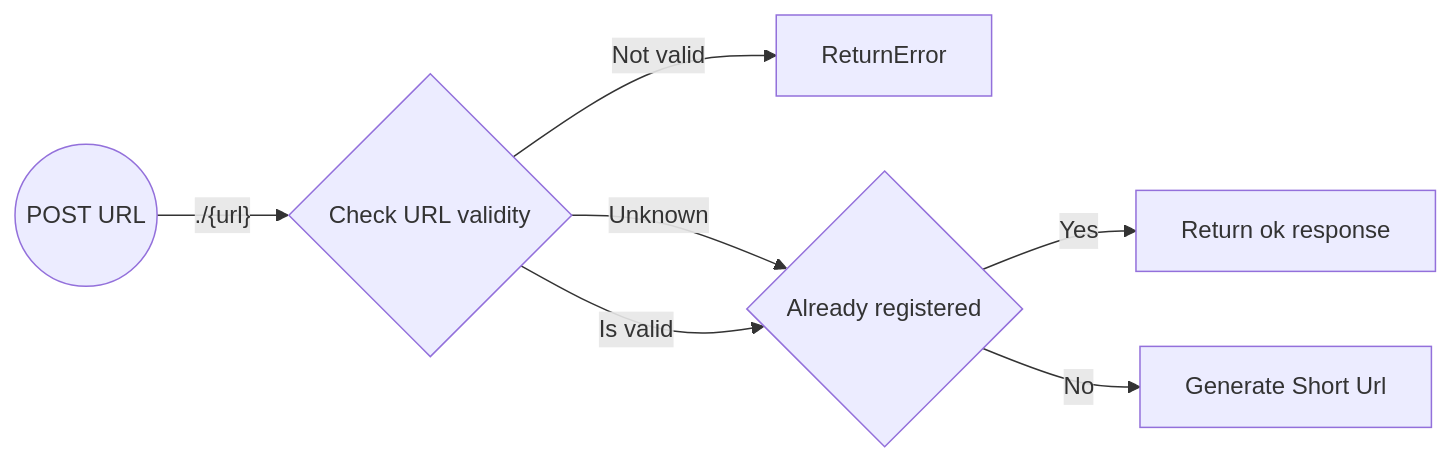
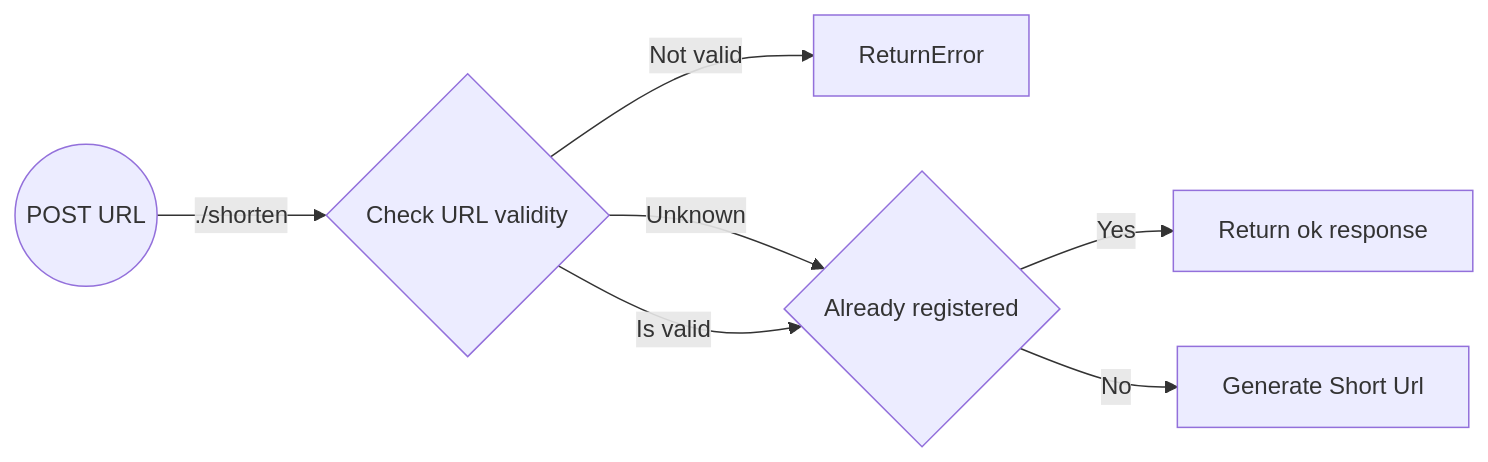
The diagram in docs/user-journeys/1-shorten-url.md (Marvin-Brouwer/SecureUrlManager), drawn with Mermaid before and after one commit. The commit also changed 1 other file, not shown here.

Commit message:
[#2] Updated api flows for rest compatibility

````diff
--- a/docs/user-journeys/1-shorten-url.md
+++ b/docs/user-journeys/1-shorten-url.md
@@ -15,13 +15,13 @@
 ```mermaid
 graph LR
-    Start(( POST URL )) --> |"./{url}"| Validate
+    Start(( POST URL )) --> |"./shorten"| Validate
 
     Validate{Check URL validity}
     Validate --> |Not valid| ReturnError
     Validate --> |Unknown| ExistingUrl
     Validate --> |Is valid| ExistingUrl
     
     ExistingUrl{Already registered}
     ExistingUrl --> |Yes| ReturnOk[Return ok response]
     ExistingUrl --> |No| GenerateShortUrl[Generate Short Url]
 ```
````
